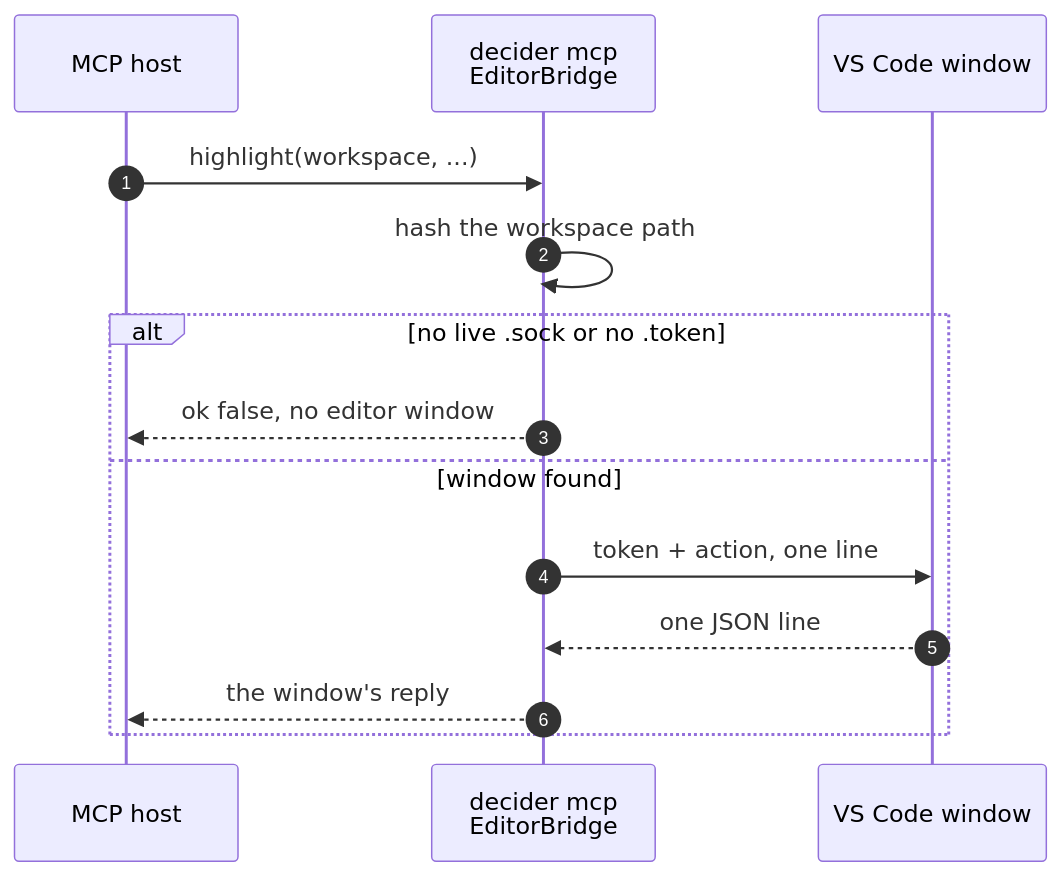
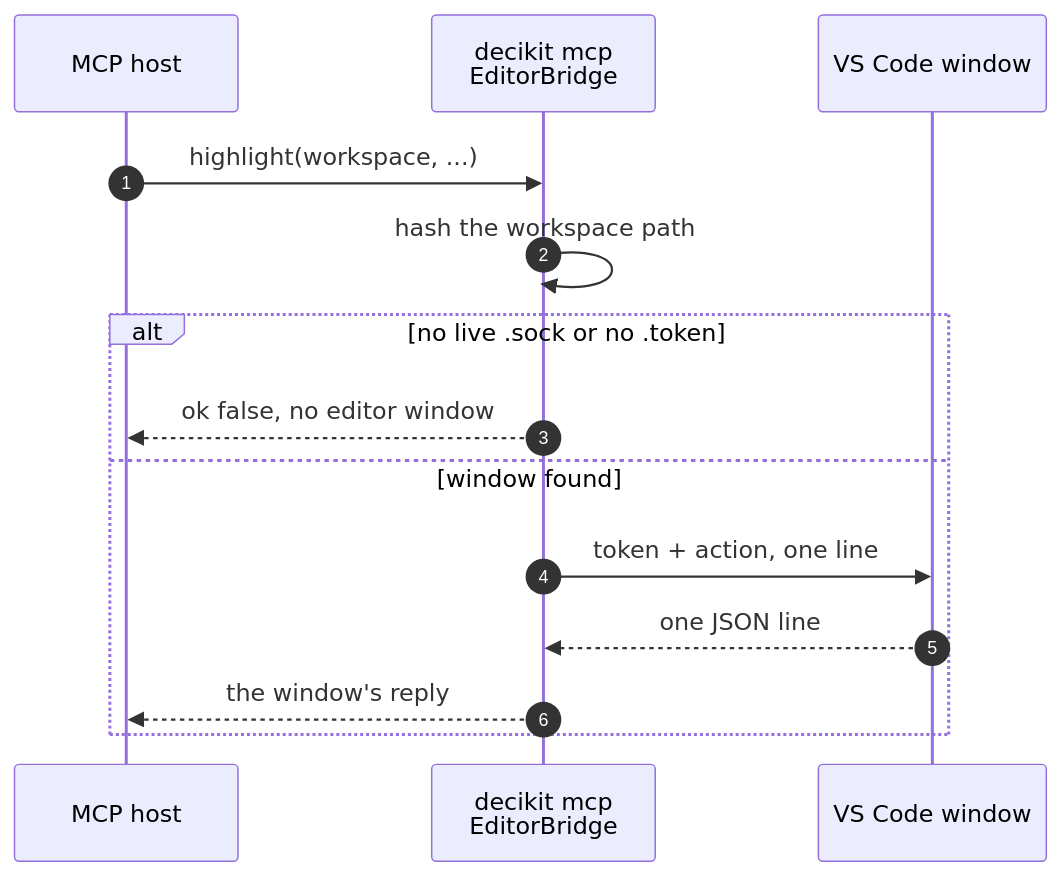
Before and after one commit to capitec/dsp-decision-engine: the third of 3 diagrams in docs/architecture/tooling.md, drawn with Mermaid. The commit also changed other lines of this file and 1292 other files, not shown here.

Commit message:
rename decider to decikit: package, CLI, DECIKIT_* settings, plugin, extension, docs prose says decider toolkit

````diff
--- a/docs/architecture/tooling.md
+++ b/docs/architecture/tooling.md
@@ -313,16 +313,16 @@
 ```mermaid
 sequenceDiagram
     autonumber
     participant H as MCP host
-    participant B as decider mcp<br/>EditorBridge
+    participant B as decikit mcp<br/>EditorBridge
     participant W as VS Code window
     H->>B: highlight(workspace, ...)
     B->>B: hash the workspace path
     alt no live .sock or no .token
         B-->>H: ok false, no editor window
     else window found
         B->>W: token + action, one line
         W-->>B: one JSON line
         B-->>H: the window's reply
     end
 ```
````
